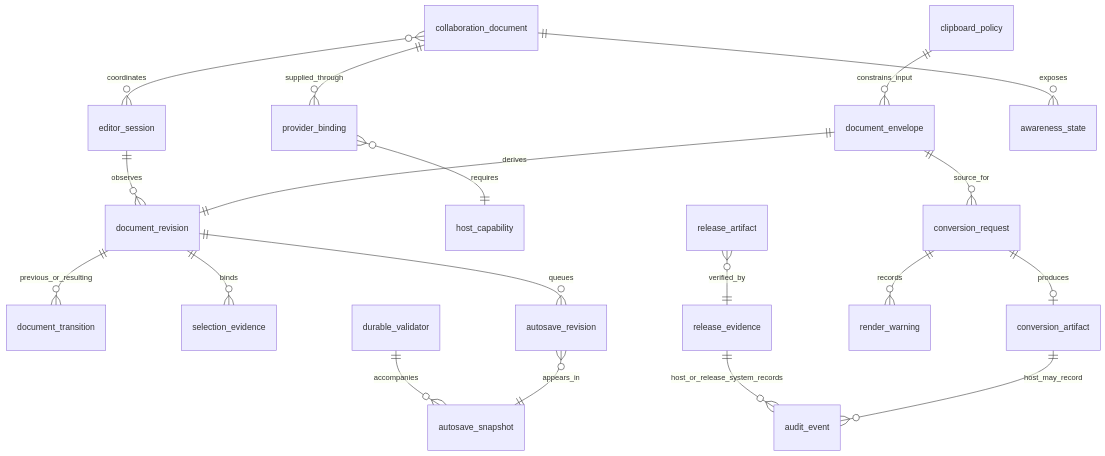
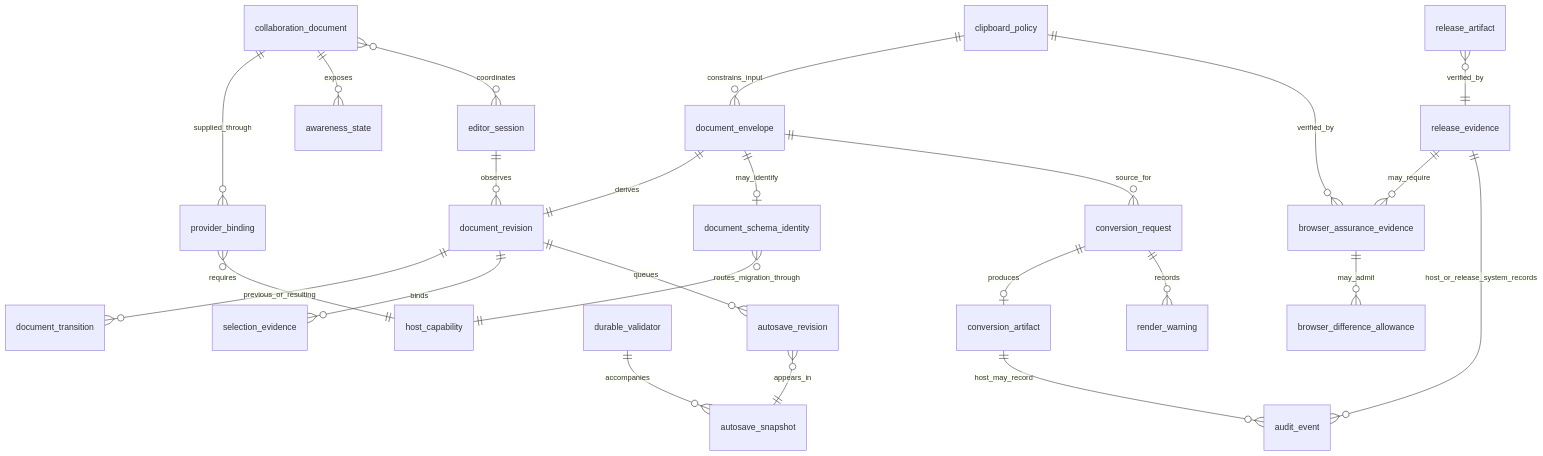
Before and after one commit to ContextualWisdomLab/inkspan: the diagram in docs/DATA_MODEL.md, drawn with Mermaid. The commit also changed other lines of this file, not shown here.

Commit message:
docs(erd): model planned migration and browser evidence

````diff
--- a/docs/DATA_MODEL.md
+++ b/docs/DATA_MODEL.md
@@ -9,25 +9,30 @@
 ```mermaid
 erDiagram
   document_envelope ||--|| document_revision : derives
+  document_envelope ||--o| document_schema_identity : may_identify
   editor_session ||--o{ document_revision : observes
   document_revision ||--o{ document_transition : previous_or_resulting
   document_revision ||--o{ selection_evidence : binds
   document_revision ||--o{ autosave_revision : queues
   autosave_revision }o--|| autosave_snapshot : appears_in
   durable_validator ||--o{ autosave_snapshot : accompanies
 
   collaboration_document ||--o{ provider_binding : supplied_through
   collaboration_document ||--o{ awareness_state : exposes
   provider_binding }o--|| host_capability : requires
   collaboration_document }o--o{ editor_session : coordinates
+  document_schema_identity }o--|| host_capability : routes_migration_through
 
   clipboard_policy ||--o{ document_envelope : constrains_input
+  clipboard_policy ||--o{ browser_assurance_evidence : verified_by
+  browser_assurance_evidence ||--o{ browser_difference_allowance : may_admit
 
   document_envelope ||--o{ conversion_request : source_for
   conversion_request ||--o| conversion_artifact : produces
   conversion_request ||--o{ render_warning : records
   conversion_artifact ||--o{ audit_event : host_may_record
 
   release_artifact }o--|| release_evidence : verified_by
+  release_evidence ||--o{ browser_assurance_evidence : may_require
   release_evidence ||--o{ audit_event : host_or_release_system_records
 ```
````
